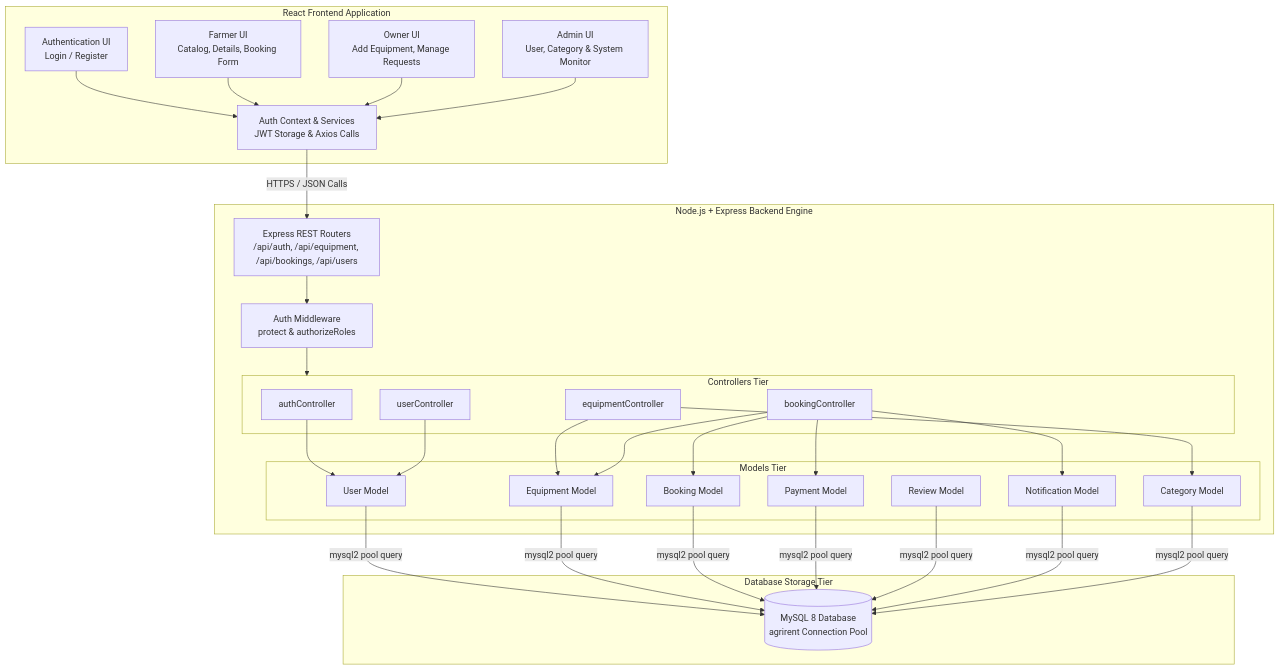
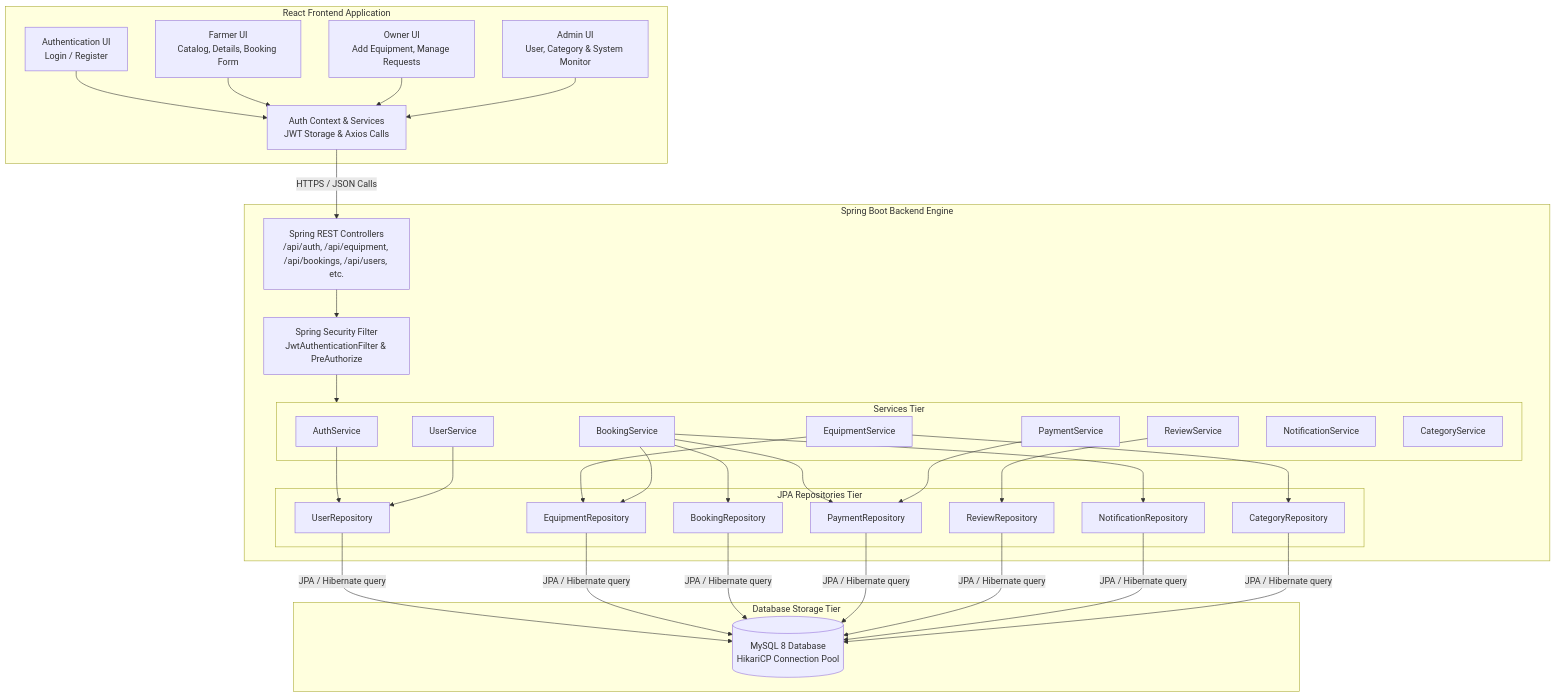
One commit to smsanjay991-cell/Agricultural-Equipment-Rental-Marketplace changed the diagram in docs/diagrams/component-diagram.md. Above: the diagram before and after it, drawn with Mermaid. The commit also changed other lines of this file and 278 other files, not shown here.

````diff
--- a/docs/diagrams/component-diagram.md
+++ b/docs/diagrams/component-diagram.md
@@ -11,63 +11,69 @@
 ```mermaid
 graph TD
     subgraph ClientComponent [React Frontend Application]
         AuthUI[Authentication UI<br/>Login / Register]
         FarmerUI[Farmer UI<br/>Catalog, Details, Booking Form]
         OwnerUI[Owner UI<br/>Add Equipment, Manage Requests]
         AdminUI[Admin UI<br/>User, Category & System Monitor]
         AuthCtx[Auth Context & Services<br/>JWT Storage & Axios Calls]
 
         AuthUI --> AuthCtx
         FarmerUI --> AuthCtx
         OwnerUI --> AuthCtx
         AdminUI --> AuthCtx
     end
 
-    subgraph ServerComponent [Node.js + Express Backend Engine]
-        API_Route[Express REST Routers<br/>/api/auth, /api/equipment, /api/bookings, /api/users]
-        Auth_MW[Auth Middleware<br/>protect & authorizeRoles]
+    subgraph ServerComponent [Spring Boot Backend Engine]
+        API_Route[Spring REST Controllers<br/>/api/auth, /api/equipment, /api/bookings, /api/users, etc.]
+        Auth_MW[Spring Security Filter<br/>JwtAuthenticationFilter & PreAuthorize]
         
-        subgraph Controllers [Controllers Tier]
-            AuthCtrl[authController]
-            EquipCtrl[equipmentController]
-            BookCtrl[bookingController]
-            UserCtrl[userController]
+        subgraph Services [Services Tier]
+            AuthSvc[AuthService]
+            EquipSvc[EquipmentService]
+            BookSvc[BookingService]
+            UserSvc[UserService]
+            PaySvc[PaymentService]
+            RevSvc[ReviewService]
+            NotifSvc[NotificationService]
+            CatSvc[CategoryService]
         end
 
-        subgraph Models [Models Tier]
-            UserMdl[User Model]
-            EquipMdl[Equipment Model]
-            BookMdl[Booking Model]
-            PayMdl[Payment Model]
-            RevMdl[Review Model]
-            NotifMdl[Notification Model]
-            CatMdl[Category Model]
+        subgraph Repositories [JPA Repositories Tier]
+            UserRepo[UserRepository]
+            EquipRepo[EquipmentRepository]
+            BookRepo[BookingRepository]
+            PayRepo[PaymentRepository]
+            RevRepo[ReviewRepository]
+            NotifRepo[NotificationRepository]
+            CatRepo[CategoryRepository]
         end
     end
 
     subgraph DatabaseComponent [Database Storage Tier]
-        MySQL[(MySQL 8 Database<br/>agrirent Connection Pool)]
+        MySQL[(MySQL 8 Database<br/>HikariCP Connection Pool)]
     end
 
     %% Interactions
     AuthCtx -->|HTTPS / JSON Calls| API_Route
     API_Route --> Auth_MW
-    Auth_MW --> Controllers
+    Auth_MW --> Services
     
-    AuthCtrl --> UserMdl
-    EquipCtrl --> EquipMdl
-    EquipCtrl --> CatMdl
-    BookCtrl --> BookMdl
-    BookCtrl --> NotifMdl
-    BookCtrl --> PayMdl
-    BookCtrl --> EquipMdl
-    UserCtrl --> UserMdl
+    AuthSvc --> UserRepo
+    EquipSvc --> EquipRepo
+    EquipSvc --> CatRepo
+    BookSvc --> BookRepo
+    BookSvc --> NotifRepo
+    BookSvc --> PayRepo
+    BookSvc --> EquipRepo
+    UserSvc --> UserRepo
+    PaySvc --> PayRepo
+    RevSvc --> RevRepo
 
-    UserMdl -->|mysql2 pool query| MySQL
-    EquipMdl -->|mysql2 pool query| MySQL
-    BookMdl -->|mysql2 pool query| MySQL
-    PayMdl -->|mysql2 pool query| MySQL
-    RevMdl -->|mysql2 pool query| MySQL
-    NotifMdl -->|mysql2 pool query| MySQL
-    CatMdl -->|mysql2 pool query| MySQL
+    UserRepo -->|JPA / Hibernate query| MySQL
+    EquipRepo -->|JPA / Hibernate query| MySQL
+    BookRepo -->|JPA / Hibernate query| MySQL
+    PayRepo -->|JPA / Hibernate query| MySQL
+    RevRepo -->|JPA / Hibernate query| MySQL
+    NotifRepo -->|JPA / Hibernate query| MySQL
+    CatRepo -->|JPA / Hibernate query| MySQL
 ```
````
